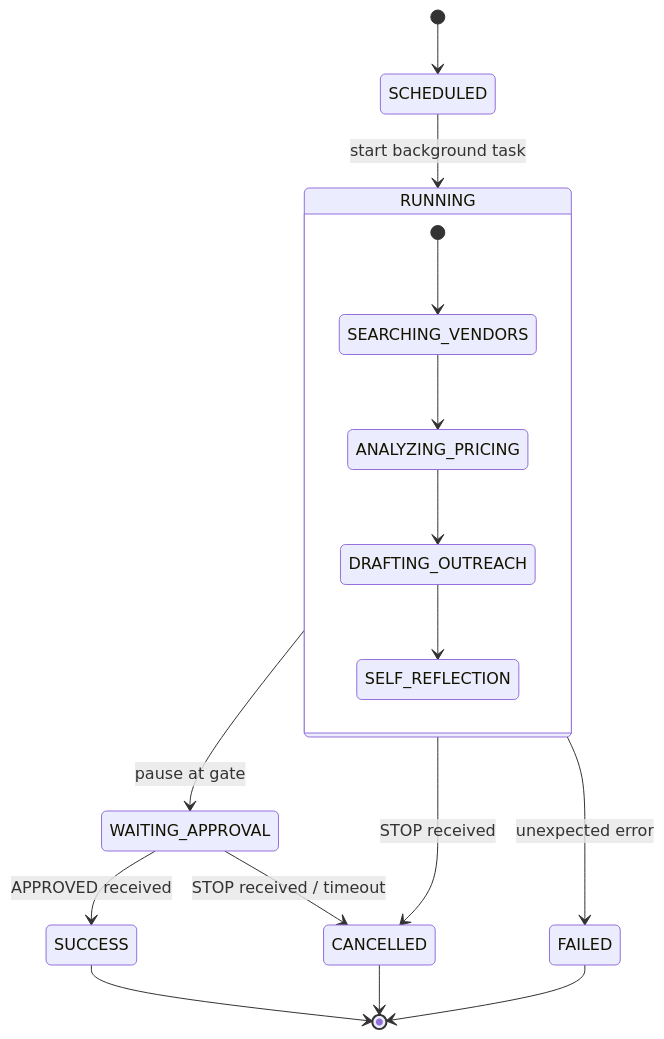
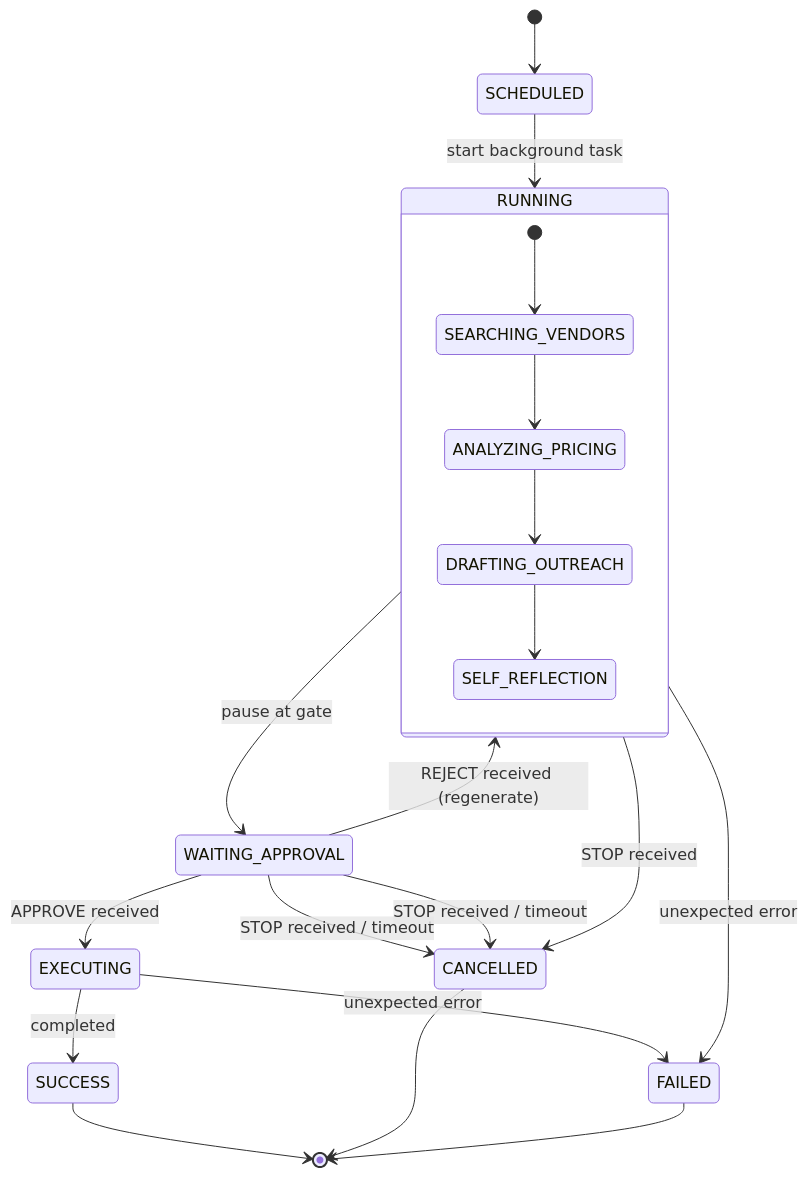
One commit to devindersingh79904/agentic-communication-bridge changed the first of 2 diagrams in backend/docs/websocket-architecture.md. Above: the diagram before and after it, drawn with Mermaid. The commit also changed other lines of this file and 10 other files, not shown here.

````diff
--- a/backend/docs/websocket-architecture.md
+++ b/backend/docs/websocket-architecture.md
@@ -38,19 +38,23 @@
 ```mermaid
 stateDiagram-v2
     [*] --> SCHEDULED
     SCHEDULED --> RUNNING : start background task
     state RUNNING {
         [*] --> SEARCHING_VENDORS
         SEARCHING_VENDORS --> ANALYZING_PRICING
         ANALYZING_PRICING --> DRAFTING_OUTREACH
         DRAFTING_OUTREACH --> SELF_REFLECTION
     }
     RUNNING --> WAITING_APPROVAL : pause at gate
-    WAITING_APPROVAL --> SUCCESS : APPROVED received
+    WAITING_APPROVAL --> EXECUTING : APPROVE received
+    WAITING_APPROVAL --> RUNNING : REJECT received (regenerate)
+    WAITING_APPROVAL --> CANCELLED : STOP received / timeout
+    EXECUTING --> SUCCESS : completed
+    EXECUTING --> FAILED : unexpected error
     WAITING_APPROVAL --> CANCELLED : STOP received / timeout
     RUNNING --> CANCELLED : STOP received
     RUNNING --> FAILED : unexpected error
     SUCCESS --> [*]
     CANCELLED --> [*]
     FAILED --> [*]
 ```
````
